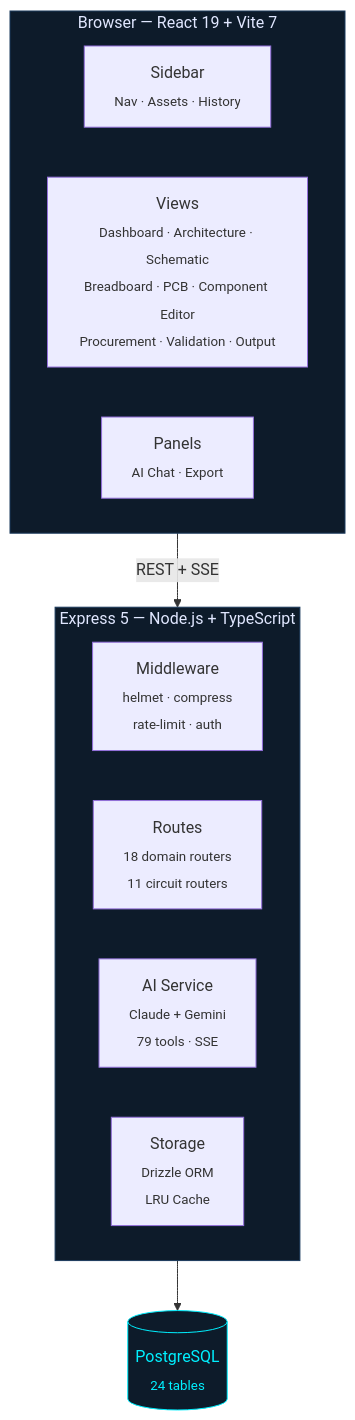
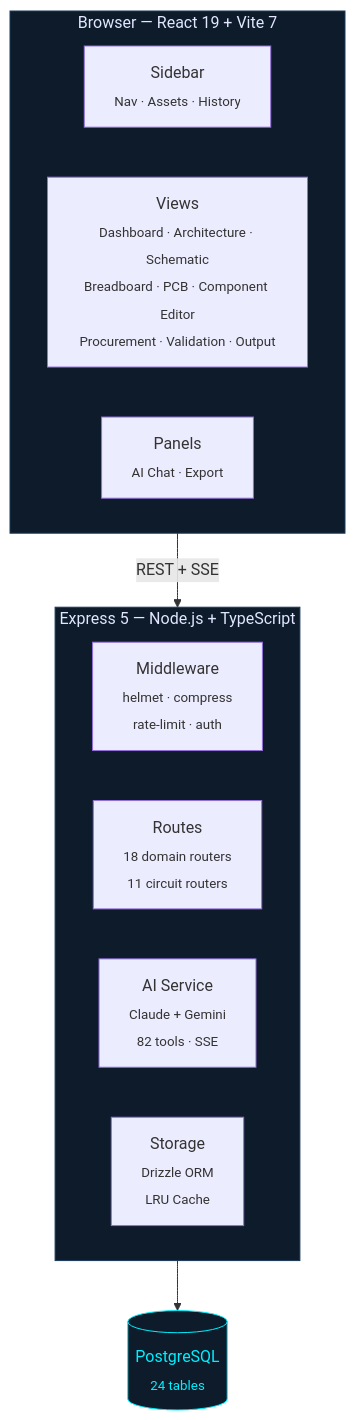
One commit to wtyler2505/ProtoPulse changed the diagram in README.md. Above: the diagram before and after it, drawn with Mermaid. The commit also changed other lines of this file and 58 other files, not shown here.

````diff
--- a/README.md
+++ b/README.md
@@ -265,25 +265,25 @@
 ```mermaid
 graph TB
     subgraph Browser["Browser — React 19 + Vite 7"]
         direction LR
         Sidebar["Sidebar<br><sub>Nav · Assets · History</sub>"]
         Views["Views<br><sub>Dashboard · Architecture · Schematic<br>Breadboard · PCB · Component Editor<br>Procurement · Validation · Output</sub>"]
         Panels["Panels<br><sub>AI Chat · Export</sub>"]
     end
 
     Browser -->|"REST + SSE"| Server
 
     subgraph Server["Express 5 — Node.js + TypeScript"]
         direction LR
         MW["Middleware<br><sub>helmet · compress<br>rate-limit · auth</sub>"]
         Routes["Routes<br><sub>18 domain routers<br>11 circuit routers</sub>"]
-        AI["AI Service<br><sub>Claude + Gemini<br>79 tools · SSE</sub>"]
+        AI["AI Service<br><sub>Claude + Gemini<br>82 tools · SSE</sub>"]
         Storage["Storage<br><sub>Drizzle ORM<br>LRU Cache</sub>"]
     end
 
     Storage --> DB[("PostgreSQL<br><sub>24 tables</sub>")]
 
     style Browser fill:#0D1B2A,stroke:#1B3A5C,color:#E0E7FF
     style Server fill:#0D1B2A,stroke:#1B3A5C,color:#E0E7FF
     style DB fill:#0D1B2A,stroke:#00F0FF,color:#00F0FF
 ```
````
